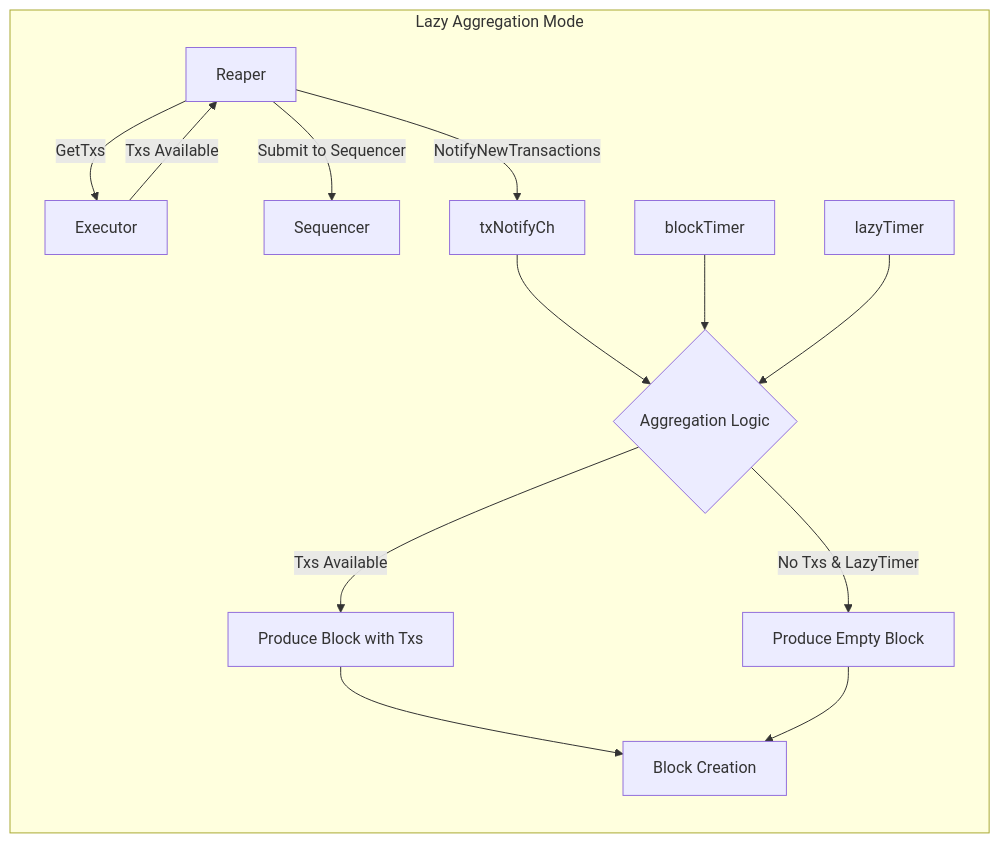
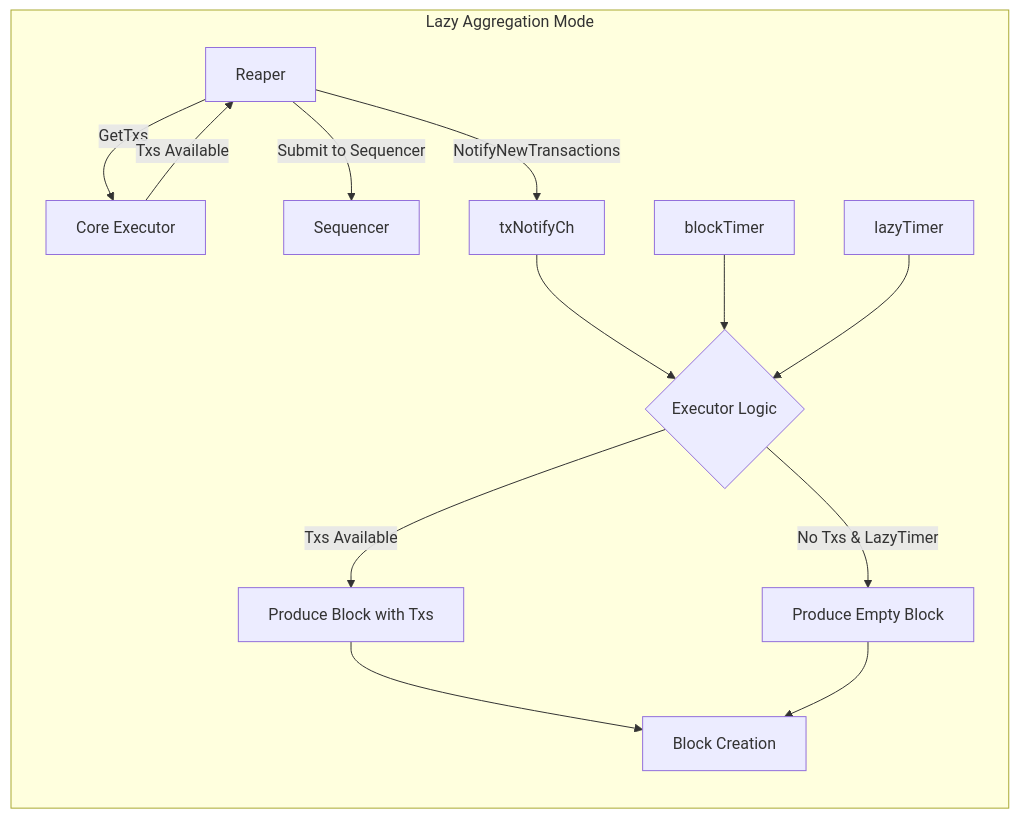
The third of 8 diagrams in docs/learn/specs/block-manager.md (evstack/ev-node), drawn with Mermaid before and after one commit. The commit also changed other lines of this file and 7 other files, not shown here.

````diff
--- a/docs/learn/specs/block-manager.md
+++ b/docs/learn/specs/block-manager.md
@@ -135,19 +179,19 @@
 ```mermaid
 flowchart LR
     subgraph Lazy Aggregation Mode
-        R[Reaper] -->|GetTxs| E[Executor]
-        E -->|Txs Available| R
+        R[Reaper] -->|GetTxs| CE[Core Executor]
+        CE -->|Txs Available| R
         R -->|Submit to Sequencer| S[Sequencer]
         R -->|NotifyNewTransactions| N[txNotifyCh]
 
-        N --> A{Aggregation Logic}
-        BT[blockTimer] --> A
-        LT[lazyTimer] --> A
+        N --> E{Executor Logic}
+        BT[blockTimer] --> E
+        LT[lazyTimer] --> E
 
-        A -->|Txs Available| P1[Produce Block with Txs]
-        A -->|No Txs & LazyTimer| P2[Produce Empty Block]
+        E -->|Txs Available| P1[Produce Block with Txs]
+        E -->|No Txs & LazyTimer| P2[Produce Empty Block]
 
         P1 --> B[Block Creation]
         P2 --> B
     end
 ```
````
